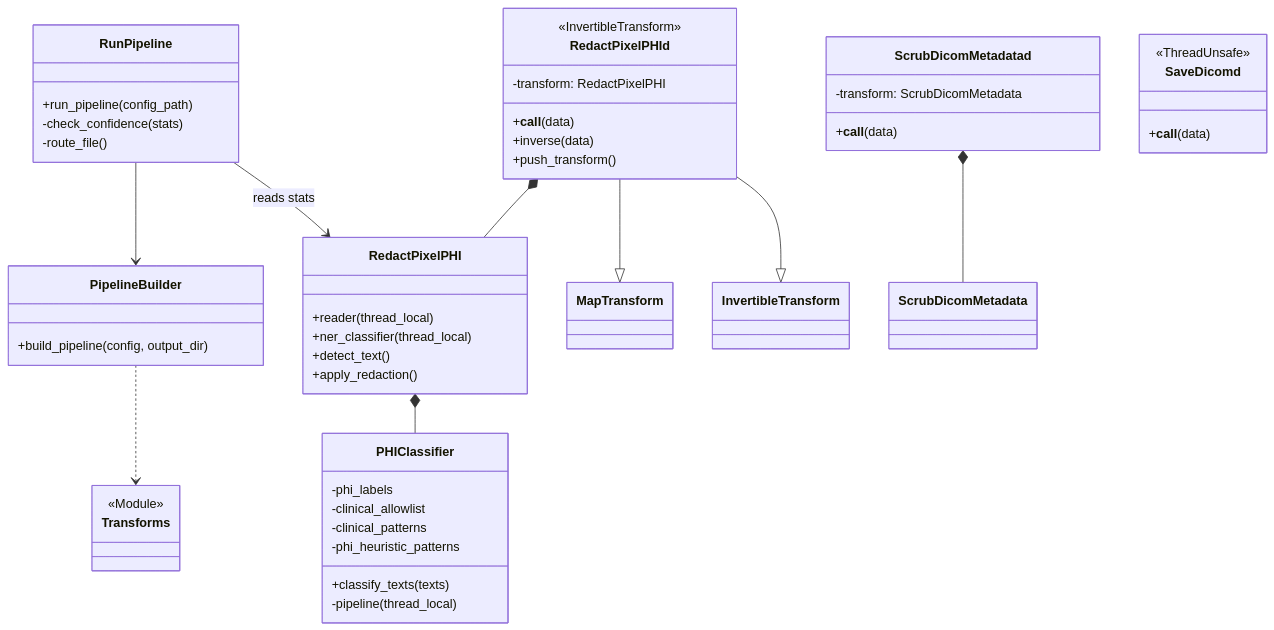
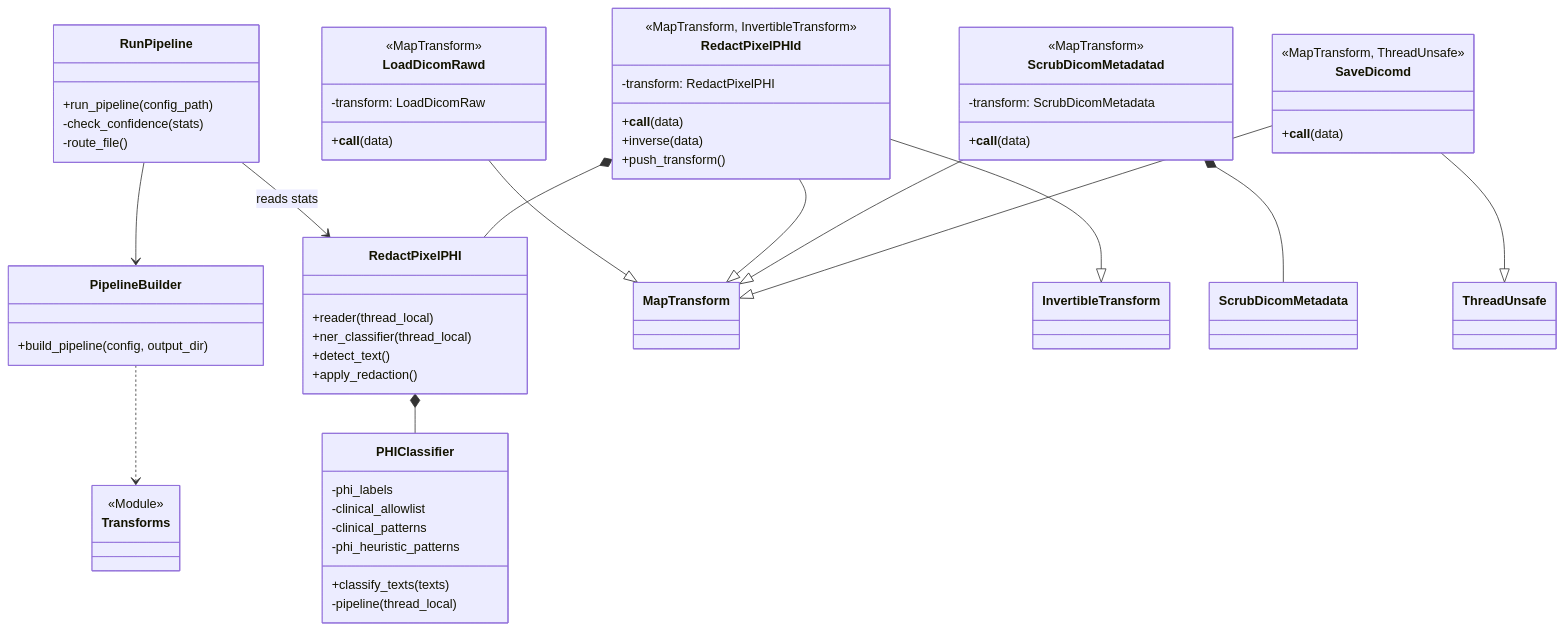
One commit to lakshmi-mahabaleshwara/aegis changed the second of 2 diagrams in README.md. Above: the diagram before and after it, drawn with Mermaid. The commit also changed other lines of this file and 5 other files, not shown here.

````diff
--- a/README.md
+++ b/README.md
@@ -300,60 +301,71 @@
 ```mermaid
 classDiagram
     class RunPipeline {
         +run_pipeline(config_path)
         -check_confidence(stats)
         -route_file()
     }
 
     class PipelineBuilder {
         +build_pipeline(config, output_dir)
     }
 
     class Transforms {
         <<Module>>
     }
 
+    class LoadDicomRawd {
+        +__call__(data)
+        -transform: LoadDicomRaw
+        <<MapTransform>>
+    }
+
     class RedactPixelPHId {
         +__call__(data)
         +inverse(data)
         +push_transform()
         -transform: RedactPixelPHI
-        <<InvertibleTransform>>
+        <<MapTransform, InvertibleTransform>>
     }
 
     class RedactPixelPHI {
         +reader (thread_local)
         +ner_classifier (thread_local)
         +detect_text()
         +apply_redaction()
     }
 
     class PHIClassifier {
         +classify_texts(texts)
         -pipeline (thread_local)
         -phi_labels
         -clinical_allowlist
         -clinical_patterns
         -phi_heuristic_patterns
     }
 
     class ScrubDicomMetadatad {
         +__call__(data)
         -transform: ScrubDicomMetadata
+        <<MapTransform>>
     }
 
     class SaveDicomd {
         +__call__(data)
-        <<ThreadUnsafe>>
+        <<MapTransform, ThreadUnsafe>>
     }
 
     RunPipeline --> PipelineBuilder
     PipelineBuilder ..> Transforms
     RunPipeline --> RedactPixelPHI : reads stats
 
+    LoadDicomRawd --|> MapTransform
     RedactPixelPHId *-- RedactPixelPHI
     RedactPixelPHI *-- PHIClassifier
     RedactPixelPHId --|> MapTransform
     RedactPixelPHId --|> InvertibleTransform
     ScrubDicomMetadatad *-- ScrubDicomMetadata
+    ScrubDicomMetadatad --|> MapTransform
+    SaveDicomd --|> MapTransform
+    SaveDicomd --|> ThreadUnsafe
 ```
````
